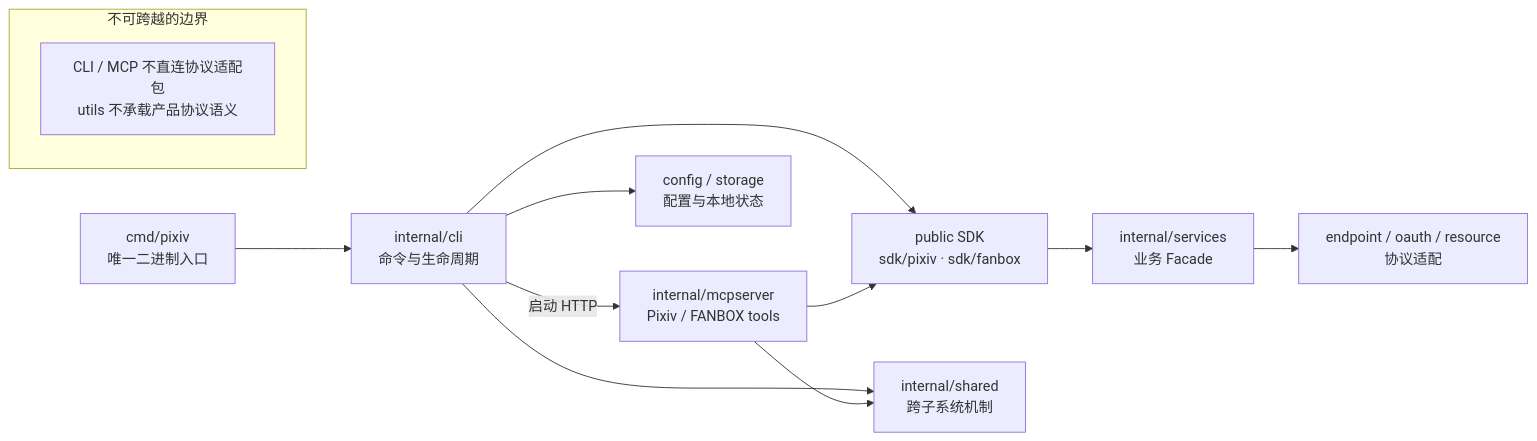
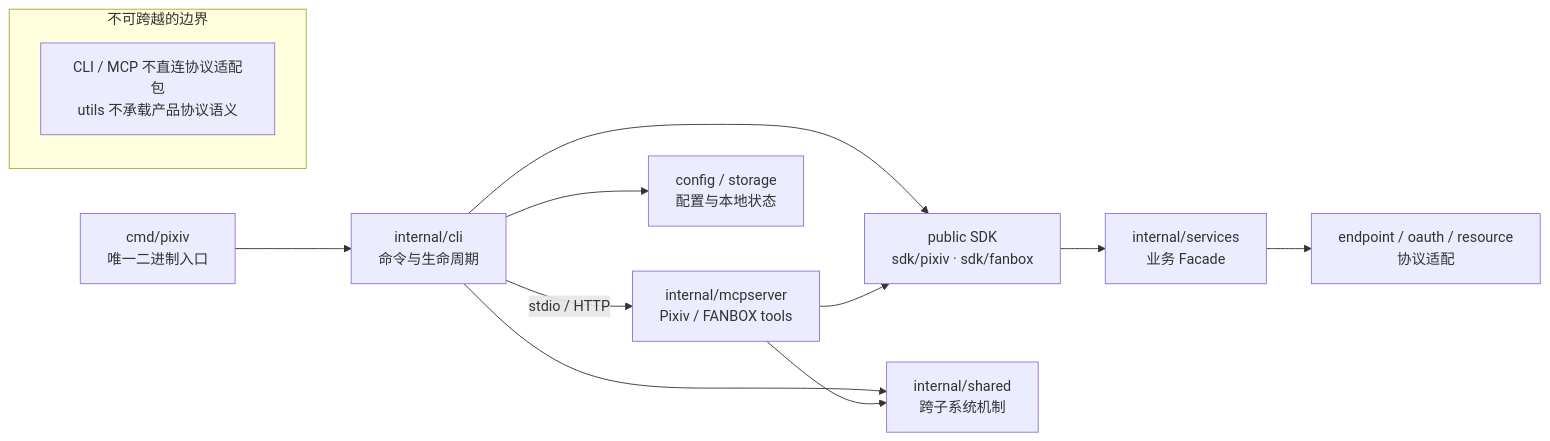
One commit to FlanChanXwO/pixiv-cli changed the diagram in docs/zh-CN/maintainers/architecture.md. Above: the diagram before and after it, drawn with Mermaid. The commit also changed other lines of this file and 18 other files, not shown here.

````diff
--- a/docs/zh-CN/maintainers/architecture.md
+++ b/docs/zh-CN/maintainers/architecture.md
@@ -5,16 +5,16 @@
 ```mermaid
 flowchart LR
     ENTRY["cmd/pixiv<br/>唯一二进制入口"] --> CLI["internal/cli<br/>命令与生命周期"]
-    CLI -->|"启动 HTTP"| MCP["internal/mcpserver<br/>Pixiv / FANBOX tools"]
+    CLI -->|"stdio / HTTP"| MCP["internal/mcpserver<br/>Pixiv / FANBOX tools"]
     CLI --> SDK["public SDK<br/>sdk/pixiv · sdk/fanbox"]
     MCP --> SDK
     SDK --> FACADE["internal/services<br/>业务 Facade"]
     FACADE --> ADAPTER["endpoint / oauth / resource<br/>协议适配"]
     CLI --> SHARED["internal/shared<br/>跨子系统机制"]
     MCP --> SHARED
     CLI --> STATE["config / storage<br/>配置与本地状态"]
 
     subgraph boundary["不可跨越的边界"]
         RULE["CLI / MCP 不直连协议适配包<br/>utils 不承载产品协议语义"]
     end
 ```
````
